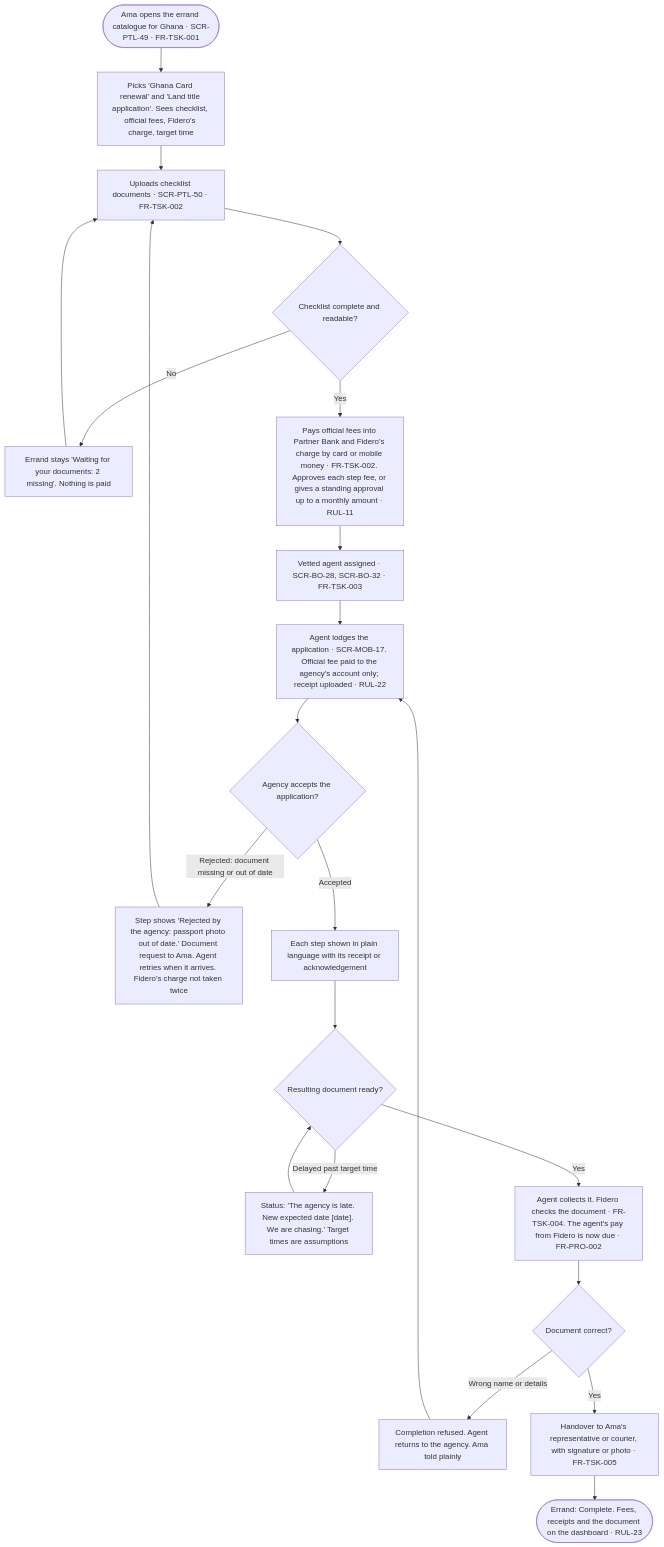
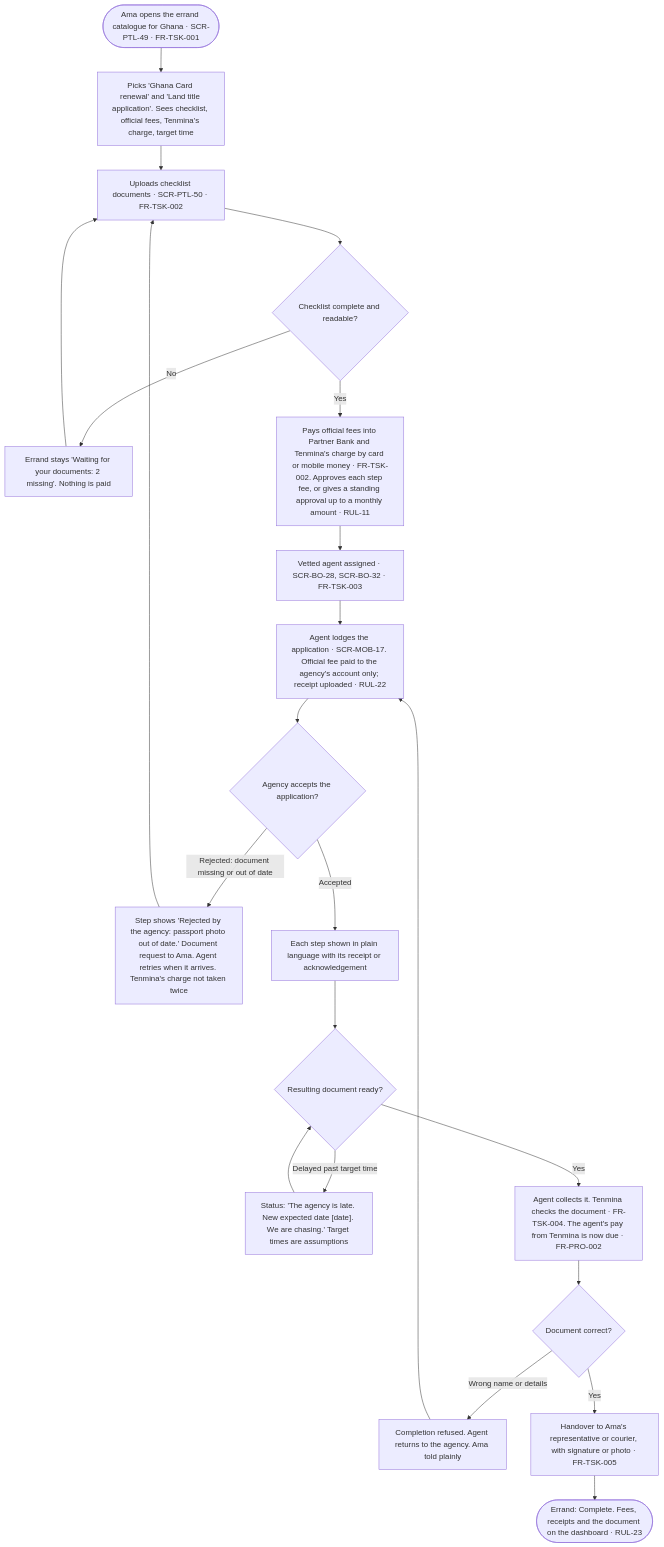
Diagram 12 of 12 in docs/specs/03-ui-ux-design.md (1SteveMens/Fidero), drawn with Mermaid before and after one commit. The commit also changed other lines of this file and 90 other files, not shown here.

First line of the commit message:
Rename Fidero to Tenmina

````diff
--- a/docs/specs/03-ui-ux-design.md
+++ b/docs/specs/03-ui-ux-design.md
@@ -808,24 +808,24 @@
 ```mermaid
 flowchart TD
-    M0(["Ama opens the errand catalogue for Ghana · SCR-PTL-49 · FR-TSK-001"]) --> M1["Picks 'Ghana Card renewal' and 'Land title application'. Sees checklist, official fees, Fidero's charge, target time"]
+    M0(["Ama opens the errand catalogue for Ghana · SCR-PTL-49 · FR-TSK-001"]) --> M1["Picks 'Ghana Card renewal' and 'Land title application'. Sees checklist, official fees, Tenmina's charge, target time"]
     M1 --> M2["Uploads checklist documents · SCR-PTL-50 · FR-TSK-002"]
     M2 --> M2c{"Checklist complete and readable?"}
     M2c -->|"No"| M2x["Errand stays 'Waiting for your documents: 2 missing'. Nothing is paid"]
     M2x --> M2
-    M2c -->|"Yes"| M3["Pays official fees into Partner Bank and Fidero's charge by card or mobile money · FR-TSK-002. Approves each step fee, or gives a standing approval up to a monthly amount · RUL-11"]
+    M2c -->|"Yes"| M3["Pays official fees into Partner Bank and Tenmina's charge by card or mobile money · FR-TSK-002. Approves each step fee, or gives a standing approval up to a monthly amount · RUL-11"]
     M3 --> M4["Vetted agent assigned · SCR-BO-28, SCR-BO-32 · FR-TSK-003"]
     M4 --> M5["Agent lodges the application · SCR-MOB-17. Official fee paid to the agency's account only; receipt uploaded · RUL-22"]
     M5 --> M5c{"Agency accepts the application?"}
-    M5c -->|"Rejected: document missing or out of date"| M5x["Step shows 'Rejected by the agency: passport photo out of date.' Document request to Ama. Agent retries when it arrives. Fidero's charge not taken twice"]
+    M5c -->|"Rejected: document missing or out of date"| M5x["Step shows 'Rejected by the agency: passport photo out of date.' Document request to Ama. Agent retries when it arrives. Tenmina's charge not taken twice"]
     M5x --> M2
     M5c -->|"Accepted"| M6["Each step shown in plain language with its receipt or acknowledgement"]
     M6 --> M7{"Resulting document ready?"}
     M7 -->|"Delayed past target time"| M7x["Status: 'The agency is late. New expected date [date]. We are chasing.' Target times are assumptions"]
     M7x --> M7
-    M7 -->|"Yes"| M8["Agent collects it. Fidero checks the document · FR-TSK-004. The agent's pay from Fidero is now due · FR-PRO-002"]
+    M7 -->|"Yes"| M8["Agent collects it. Tenmina checks the document · FR-TSK-004. The agent's pay from Tenmina is now due · FR-PRO-002"]
     M8 --> M8c{"Document correct?"}
     M8c -->|"Wrong name or details"| M8x["Completion refused. Agent returns to the agency. Ama told plainly"]
     M8x --> M5
     M8c -->|"Yes"| M9["Handover to Ama's representative or courier, with signature or photo · FR-TSK-005"]
     M9 --> M10(["Errand: Complete. Fees, receipts and the document on the dashboard · RUL-23"])
 ```
````
